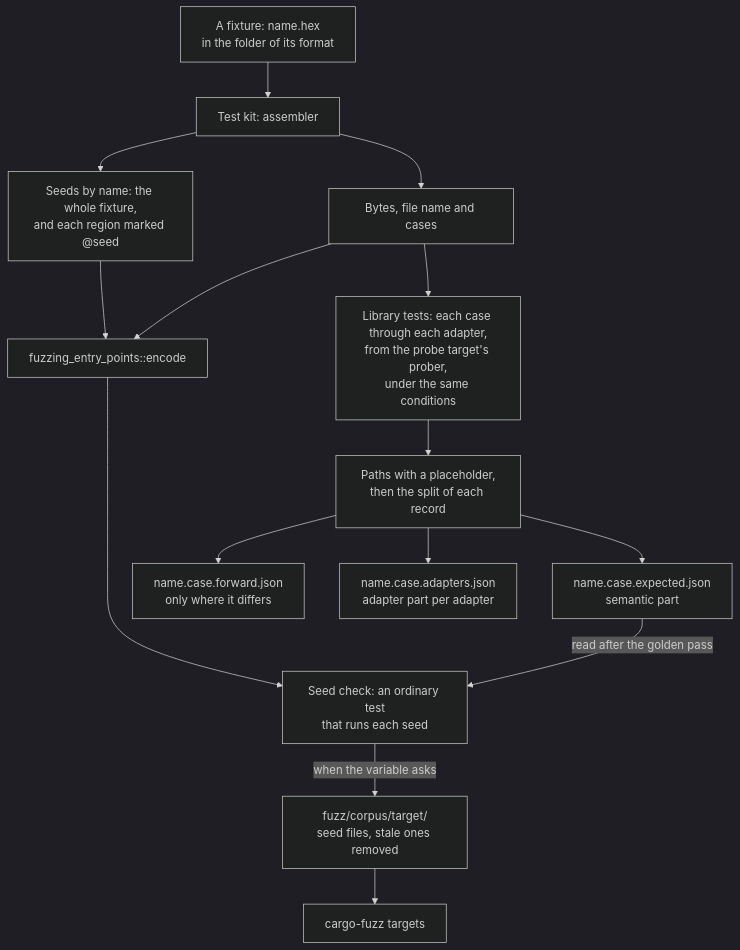
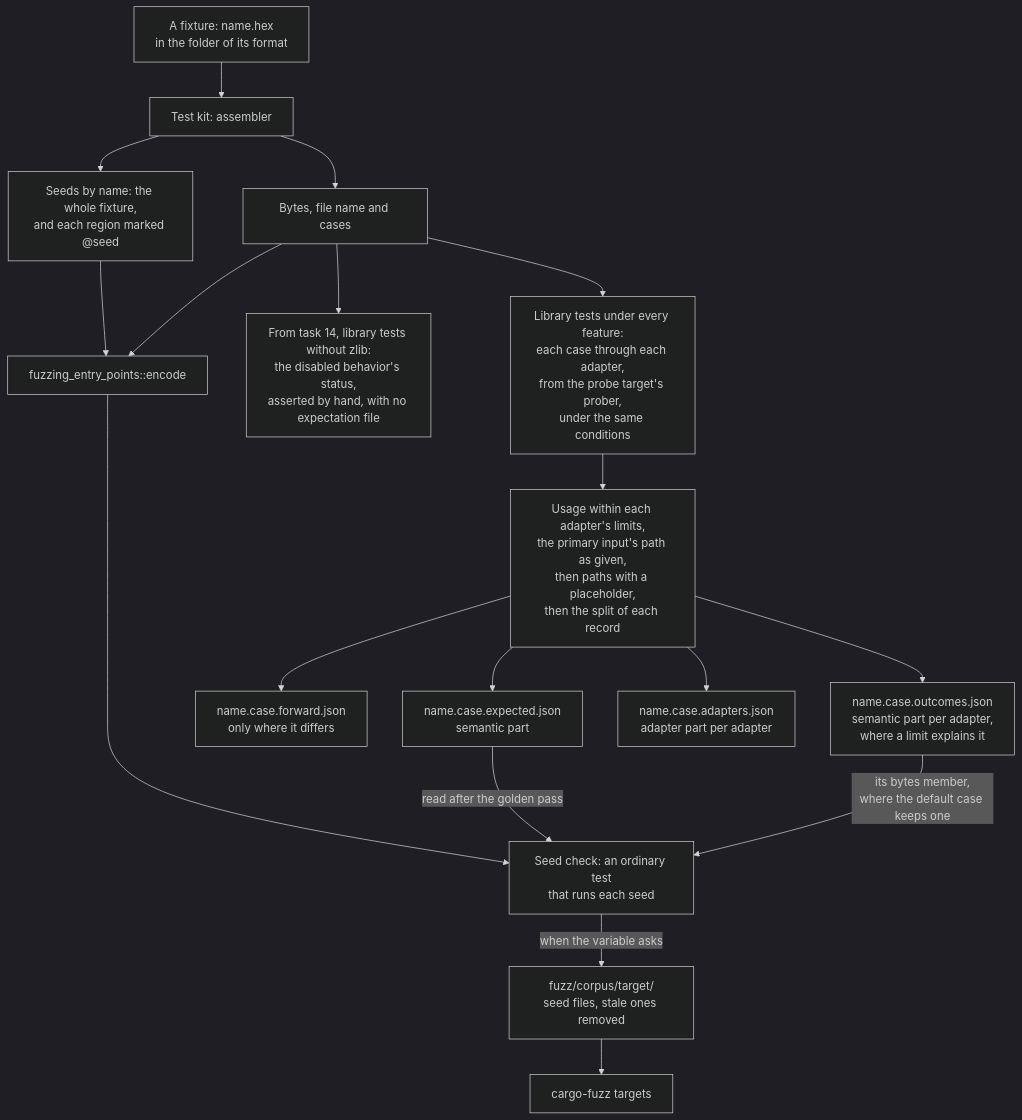
One commit to caoccao/cc-media-probe changed the diagram in docs/design/test-kit.md. Above: the diagram before and after it, drawn with Mermaid (dark theme). The commit also changed other lines of this file and 23 other files, not shown here.

````diff
--- a/docs/design/test-kit.md
+++ b/docs/design/test-kit.md
@@ -68,17 +94,20 @@
 ```mermaid
 flowchart TD
   F["A fixture: name.hex<br/>in the folder of its format"] --> A["Test kit: assembler"]
   A --> B["Bytes, file name and cases"]
   A --> S["Seeds by name: the whole fixture,<br/>and each region marked @seed"]
-  B --> P["Library tests: each case through each adapter,<br/>from the probe target's prober,<br/>under the same conditions"]
-  P --> X["Paths with a placeholder,<br/>then the split of each record"]
+  B --> P["Library tests under every feature:<br/>each case through each adapter,<br/>from the probe target's prober,<br/>under the same conditions"]
+  P --> X["Usage within each adapter's limits,<br/>the primary input's path as given,<br/>then paths with a placeholder,<br/>then the split of each record"]
+  B --> W["From task 14, library tests without zlib:<br/>the disabled behavior's status,<br/>asserted by hand, with no expectation file"]
   X --> E1["name.case.expected.json<br/>semantic part"]
   X --> E2["name.case.forward.json<br/>only where it differs"]
+  X --> E4["name.case.outcomes.json<br/>semantic part per adapter,<br/>where a limit explains it"]
   X --> E3["name.case.adapters.json<br/>adapter part per adapter"]
   S --> N["fuzzing_entry_points::encode"]
   B --> N
   N --> C["Seed check: an ordinary test<br/>that runs each seed"]
   E1 -->|"read after the golden pass"| C
+  E4 -->|"its bytes member,<br/>where the default case keeps one"| C
   C -->|"when the variable asks"| K["fuzz/corpus/target/<br/>seed files, stale ones removed"]
   K --> Z["cargo-fuzz targets"]
 ```
````
